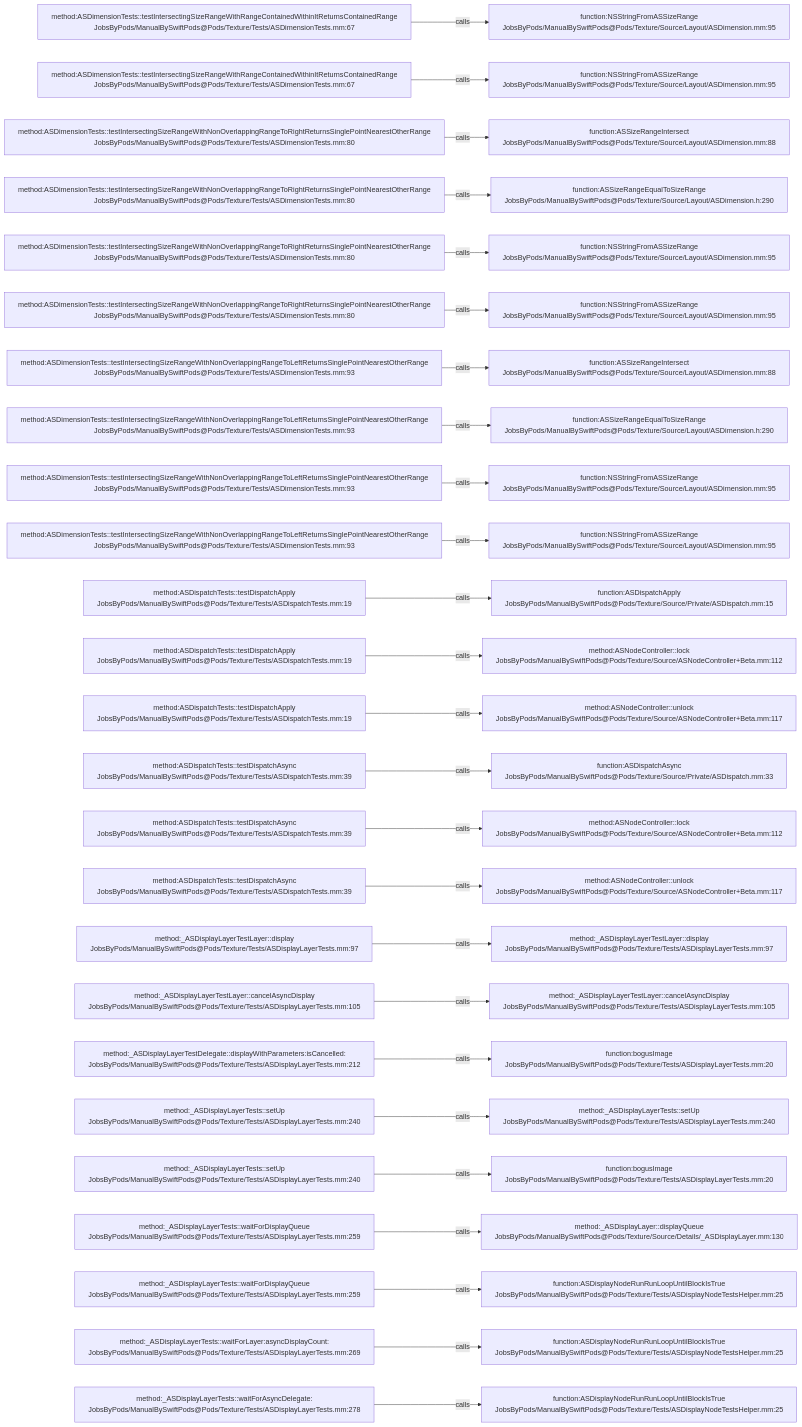
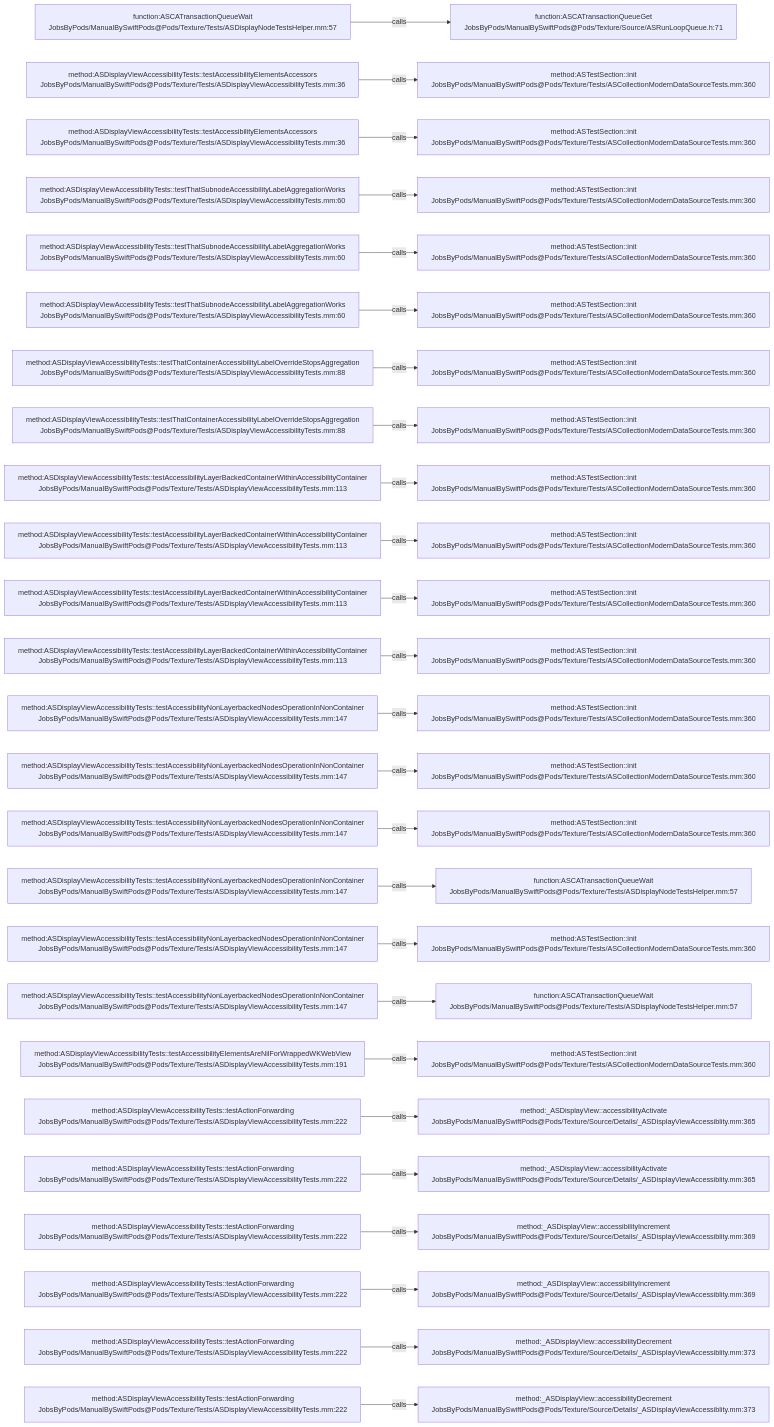
One commit to JobsKits/JobsSwiftBaseConfigDemo changed the diagram in .codegraph/codegraph.md/graphs/calls-198.md. Above: the diagram before and after it, drawn with Mermaid. The commit also changed 832 other files, not shown here.

````diff
--- a/.codegraph/codegraph.md/graphs/calls-198.md
+++ b/.codegraph/codegraph.md/graphs/calls-198.md
@@ -13,78 +13,78 @@
 ```mermaid
 flowchart LR
-  S1["method:ASDimensionTests::testIntersectingSizeRangeWithRangeContainedWithinItReturnsContainedRange<br/>JobsByPods/ManualBySwiftPods@Pods/Texture/Tests/ASDimensionTests.mm:67"]
-  T1["function:NSStringFromASSizeRange<br/>JobsByPods/ManualBySwiftPods@Pods/Texture/Source/Layout/ASDimension.mm:95"]
+  S1["function:ASCATransactionQueueWait<br/>JobsByPods/ManualBySwiftPods@Pods/Texture/Tests/ASDisplayNodeTestsHelper.mm:57"]
+  T1["function:ASCATransactionQueueGet<br/>JobsByPods/ManualBySwiftPods@Pods/Texture/Source/ASRunLoopQueue.h:71"]
   S1 -->|calls| T1
-  S2["method:ASDimensionTests::testIntersectingSizeRangeWithRangeContainedWithinItReturnsContainedRange<br/>JobsByPods/ManualBySwiftPods@Pods/Texture/Tests/ASDimensionTests.mm:67"]
-  T2["function:NSStringFromASSizeRange<br/>JobsByPods/ManualBySwiftPods@Pods/Texture/Source/Layout/ASDimension.mm:95"]
+  S2["method:ASDisplayViewAccessibilityTests::testAccessibilityElementsAccessors<br/>JobsByPods/ManualBySwiftPods@Pods/Texture/Tests/ASDisplayViewAccessibilityTests.mm:36"]
+  T2["method:ASTestSection::init<br/>JobsByPods/ManualBySwiftPods@Pods/Texture/Tests/ASCollectionModernDataSourceTests.mm:360"]
   S2 -->|calls| T2
-  S3["method:ASDimensionTests::testIntersectingSizeRangeWithNonOverlappingRangeToRightReturnsSinglePointNearestOtherRange<br/>JobsByPods/ManualBySwiftPods@Pods/Texture/Tests/ASDimensionTests.mm:80"]
-  T3["function:ASSizeRangeIntersect<br/>JobsByPods/ManualBySwiftPods@Pods/Texture/Source/Layout/ASDimension.mm:88"]
+  S3["method:ASDisplayViewAccessibilityTests::testAccessibilityElementsAccessors<br/>JobsByPods/ManualBySwiftPods@Pods/Texture/Tests/ASDisplayViewAccessibilityTests.mm:36"]
+  T3["method:ASTestSection::init<br/>JobsByPods/ManualBySwiftPods@Pods/Texture/Tests/ASCollectionModernDataSourceTests.mm:360"]
   S3 -->|calls| T3
-  S4["method:ASDimensionTests::testIntersectingSizeRangeWithNonOverlappingRangeToRightReturnsSinglePointNearestOtherRange<br/>JobsByPods/ManualBySwiftPods@Pods/Texture/Tests/ASDimensionTests.mm:80"]
-  T4["function:ASSizeRangeEqualToSizeRange<br/>JobsByPods/ManualBySwiftPods@Pods/Texture/Source/Layout/ASDimension.h:290"]
+  S4["method:ASDisplayViewAccessibilityTests::testThatSubnodeAccessibilityLabelAggregationWorks<br/>JobsByPods/ManualBySwiftPods@Pods/Texture/Tests/ASDisplayViewAccessibilityTests.mm:60"]
+  T4["method:ASTestSection::init<br/>JobsByPods/ManualBySwiftPods@Pods/Texture/Tests/ASCollectionModernDataSourceTests.mm:360"]
   S4 -->|calls| T4
-  S5["method:ASDimensionTests::testIntersectingSizeRangeWithNonOverlappingRangeToRightReturnsSinglePointNearestOtherRange<br/>JobsByPods/ManualBySwiftPods@Pods/Texture/Tests/ASDimensionTests.mm:80"]
-  T5["function:NSStringFromASSizeRange<br/>JobsByPods/ManualBySwiftPods@Pods/Texture/Source/Layout/ASDimension.mm:95"]
+  S5["method:ASDisplayViewAccessibilityTests::testThatSubnodeAccessibilityLabelAggregationWorks<br/>JobsByPods/ManualBySwiftPods@Pods/Texture/Tests/ASDisplayViewAccessibilityTests.mm:60"]
+  T5["method:ASTestSection::init<br/>JobsByPods/ManualBySwiftPods@Pods/Texture/Tests/ASCollectionModernDataSourceTests.mm:360"]
   S5 -->|calls| T5
-  S6["method:ASDimensionTests::testIntersectingSizeRangeWithNonOverlappingRangeToRightReturnsSinglePointNearestOtherRange<br/>JobsByPods/ManualBySwiftPods@Pods/Texture/Tests/ASDimensionTests.mm:80"]
-  T6["function:NSStringFromASSizeRange<br/>JobsByPods/ManualBySwiftPods@Pods/Texture/Source/Layout/ASDimension.mm:95"]
+  S6["method:ASDisplayViewAccessibilityTests::testThatSubnodeAccessibilityLabelAggregationWorks<br/>JobsByPods/ManualBySwiftPods@Pods/Texture/Tests/ASDisplayViewAccessibilityTests.mm:60"]
+  T6["method:ASTestSection::init<br/>JobsByPods/ManualBySwiftPods@Pods/Texture/Tests/ASCollectionModernDataSourceTests.mm:360"]
   S6 -->|calls| T6
-  S7["method:ASDimensionTests::testIntersectingSizeRangeWithNonOverlappingRangeToLeftReturnsSinglePointNearestOtherRange<br/>JobsByPods/ManualBySwiftPods@Pods/Texture/Tests/ASDimensionTests.mm:93"]
-  T7["function:ASSizeRangeIntersect<br/>JobsByPods/ManualBySwiftPods@Pods/Texture/Source/Layout/ASDimension.mm:88"]
+  S7["method:ASDisplayViewAccessibilityTests::testThatContainerAccessibilityLabelOverrideStopsAggregation<br/>JobsByPods/ManualBySwiftPods@Pods/Texture/Tests/ASDisplayViewAccessibilityTests.mm:88"]
+  T7["method:ASTestSection::init<br/>JobsByPods/ManualBySwiftPods@Pods/Texture/Tests/ASCollectionModernDataSourceTests.mm:360"]
   S7 -->|calls| T7
-  S8["method:ASDimensionTests::testIntersectingSizeRangeWithNonOverlappingRangeToLeftReturnsSinglePointNearestOtherRange<br/>JobsByPods/ManualBySwiftPods@Pods/Texture/Tests/ASDimensionTests.mm:93"]
-  T8["function:ASSizeRangeEqualToSizeRange<br/>JobsByPods/ManualBySwiftPods@Pods/Texture/Source/Layout/ASDimension.h:290"]
+  S8["method:ASDisplayViewAccessibilityTests::testThatContainerAccessibilityLabelOverrideStopsAggregation<br/>JobsByPods/ManualBySwiftPods@Pods/Texture/Tests/ASDisplayViewAccessibilityTests.mm:88"]
+  T8["method:ASTestSection::init<br/>JobsByPods/ManualBySwiftPods@Pods/Texture/Tests/ASCollectionModernDataSourceTests.mm:360"]
   S8 -->|calls| T8
-  S9["method:ASDimensionTests::testIntersectingSizeRangeWithNonOverlappingRangeToLeftReturnsSinglePointNearestOtherRange<br/>JobsByPods/ManualBySwiftPods@Pods/Texture/Tests/ASDimensionTests.mm:93"]
-  T9["function:NSStringFromASSizeRange<br/>JobsByPods/ManualBySwiftPods@Pods/Texture/Source/Layout/ASDimension.mm:95"]
+  S9["method:ASDisplayViewAccessibilityTests::testAccessibilityLayerBackedContainerWithinAccessibilityContainer<br/>JobsByPods/ManualBySwiftPods@Pods/Texture/Tests/ASDisplayViewAccessibilityTests.mm:113"]
+  T9["method:ASTestSection::init<br/>JobsByPods/ManualBySwiftPods@Pods/Texture/Tests/ASCollectionModernDataSourceTests.mm:360"]
   S9 -->|calls| T9
-  S10["method:ASDimensionTests::testIntersectingSizeRangeWithNonOverlappingRangeToLeftReturnsSinglePointNearestOtherRange<br/>JobsByPods/ManualBySwiftPods@Pods/Texture/Tests/ASDimensionTests.mm:93"]
-  T10["function:NSStringFromASSizeRange<br/>JobsByPods/ManualBySwiftPods@Pods/Texture/Source/Layout/ASDimension.mm:95"]
+  S10["method:ASDisplayViewAccessibilityTests::testAccessibilityLayerBackedContainerWithinAccessibilityContainer<br/>JobsByPods/ManualBySwiftPods@Pods/Texture/Tests/ASDisplayViewAccessibilityTests.mm:113"]
+  T10["method:ASTestSection::init<br/>JobsByPods/ManualBySwiftPods@Pods/Texture/Tests/ASCollectionModernDataSourceTests.mm:360"]
   S10 -->|calls| T10
-  S11["method:ASDispatchTests::testDispatchApply<br/>JobsByPods/ManualBySwiftPods@Pods/Texture/Tests/ASDispatchTests.mm:19"]
-  T11["function:ASDispatchApply<br/>JobsByPods/ManualBySwiftPods@Pods/Texture/Source/Private/ASDispatch.mm:15"]
+  S11["method:ASDisplayViewAccessibilityTests::testAccessibilityLayerBackedContainerWithinAccessibilityContainer<br/>JobsByPods/ManualBySwiftPods@Pods/Texture/Tests/ASDisplayViewAccessibilityTests.mm:113"]
+  T11["method:ASTestSection::init<br/>JobsByPods/ManualBySwiftPods@Pods/Texture/Tests/ASCollectionModernDataSourceTests.mm:360"]
   S11 -->|calls| T11
-  S12["method:ASDispatchTests::testDispatchApply<br/>JobsByPods/ManualBySwiftPods@Pods/Texture/Tests/ASDispatchTests.mm:19"]
-  T12["method:ASNodeController::lock<br/>JobsByPods/ManualBySwiftPods@Pods/Texture/Source/ASNodeController+Beta.mm:112"]
+  S12["method:ASDisplayViewAccessibilityTests::testAccessibilityLayerBackedContainerWithinAccessibilityContainer<br/>JobsByPods/ManualBySwiftPods@Pods/Texture/Tests/ASDisplayViewAccessibilityTests.mm:113"]
+  T12["method:ASTestSection::init<br/>JobsByPods/ManualBySwiftPods@Pods/Texture/Tests/ASCollectionModernDataSourceTests.mm:360"]
   S12 -->|calls| T12
-  S13["method:ASDispatchTests::testDispatchApply<br/>JobsByPods/ManualBySwiftPods@Pods/Texture/Tests/ASDispatchTests.mm:19"]
-  T13["method:ASNodeController::unlock<br/>JobsByPods/ManualBySwiftPods@Pods/Texture/Source/ASNodeController+Beta.mm:117"]
+  S13["method:ASDisplayViewAccessibilityTests::testAccessibilityNonLayerbackedNodesOperationInNonContainer<br/>JobsByPods/ManualBySwiftPods@Pods/Texture/Tests/ASDisplayViewAccessibilityTests.mm:147"]
+  T13["method:ASTestSection::init<br/>JobsByPods/ManualBySwiftPods@Pods/Texture/Tests/ASCollectionModernDataSourceTests.mm:360"]
   S13 -->|calls| T13
-  S14["method:ASDispatchTests::testDispatchAsync<br/>JobsByPods/ManualBySwiftPods@Pods/Texture/Tests/ASDispatchTests.mm:39"]
-  T14["function:ASDispatchAsync<br/>JobsByPods/ManualBySwiftPods@Pods/Texture/Source/Private/ASDispatch.mm:33"]
+  S14["method:ASDisplayViewAccessibilityTests::testAccessibilityNonLayerbackedNodesOperationInNonContainer<br/>JobsByPods/ManualBySwiftPods@Pods/Texture/Tests/ASDisplayViewAccessibilityTests.mm:147"]
+  T14["method:ASTestSection::init<br/>JobsByPods/ManualBySwiftPods@Pods/Texture/Tests/ASCollectionModernDataSourceTests.mm:360"]
   S14 -->|calls| T14
-  S15["method:ASDispatchTests::testDispatchAsync<br/>JobsByPods/ManualBySwiftPods@Pods/Texture/Tests/ASDispatchTests.mm:39"]
-  T15["method:ASNodeController::lock<br/>JobsByPods/ManualBySwiftPods@Pods/Texture/Source/ASNodeController+Beta.mm:112"]
+  S15["method:ASDisplayViewAccessibilityTests::testAccessibilityNonLayerbackedNodesOperationInNonContainer<br/>JobsByPods/ManualBySwiftPods@Pods/Texture/Tests/ASDisplayViewAccessibilityTests.mm:147"]
+  T15["method:ASTestSection::init<br/>JobsByPods/ManualBySwiftPods@Pods/Texture/Tests/ASCollectionModernDataSourceTests.mm:360"]
   S15 -->|calls| T15
-  S16["method:ASDispatchTests::testDispatchAsync<br/>JobsByPods/ManualBySwiftPods@Pods/Texture/Tests/ASDispatchTests.mm:39"]
-  T16["method:ASNodeController::unlock<br/>JobsByPods/ManualBySwiftPods@Pods/Texture/Source/ASNodeController+Beta.mm:117"]
+  S16["method:ASDisplayViewAccessibilityTests::testAccessibilityNonLayerbackedNodesOperationInNonContainer<br/>JobsByPods/ManualBySwiftPods@Pods/Texture/Tests/ASDisplayViewAccessibilityTests.mm:147"]
+  T16["function:ASCATransactionQueueWait<br/>JobsByPods/ManualBySwiftPods@Pods/Texture/Tests/ASDisplayNodeTestsHelper.mm:57"]
   S16 -->|calls| T16
-  S17["method:_ASDisplayLayerTestLayer::display<br/>JobsByPods/ManualBySwiftPods@Pods/Texture/Tests/ASDisplayLayerTests.mm:97"]
-  T17["method:_ASDisplayLayerTestLayer::display<br/>JobsByPods/ManualBySwiftPods@Pods/Texture/Tests/ASDisplayLayerTests.mm:97"]
+  S17["method:ASDisplayViewAccessibilityTests::testAccessibilityNonLayerbackedNodesOperationInNonContainer<br/>JobsByPods/ManualBySwiftPods@Pods/Texture/Tests/ASDisplayViewAccessibilityTests.mm:147"]
+  T17["method:ASTestSection::init<br/>JobsByPods/ManualBySwiftPods@Pods/Texture/Tests/ASCollectionModernDataSourceTests.mm:360"]
   S17 -->|calls| T17
-  S18["method:_ASDisplayLayerTestLayer::cancelAsyncDisplay<br/>JobsByPods/ManualBySwiftPods@Pods/Texture/Tests/ASDisplayLayerTests.mm:105"]
-  T18["method:_ASDisplayLayerTestLayer::cancelAsyncDisplay<br/>JobsByPods/ManualBySwiftPods@Pods/Texture/Tests/ASDisplayLayerTests.mm:105"]
+  S18["method:ASDisplayViewAccessibilityTests::testAccessibilityNonLayerbackedNodesOperationInNonContainer<br/>JobsByPods/ManualBySwiftPods@Pods/Texture/Tests/ASDisplayViewAccessibilityTests.mm:147"]
+  T18["function:ASCATransactionQueueWait<br/>JobsByPods/ManualBySwiftPods@Pods/Texture/Tests/ASDisplayNodeTestsHelper.mm:57"]
   S18 -->|calls| T18
-  S19["method:_ASDisplayLayerTestDelegate::displayWithParameters:isCancelled:<br/>JobsByPods/ManualBySwiftPods@Pods/Texture/Tests/ASDisplayLayerTests.mm:212"]
-  T19["function:bogusImage<br/>JobsByPods/ManualBySwiftPods@Pods/Texture/Tests/ASDisplayLayerTests.mm:20"]
+  S19["method:ASDisplayViewAccessibilityTests::testAccessibilityElementsAreNilForWrappedWKWebView<br/>JobsByPods/ManualBySwiftPods@Pods/Texture/Tests/ASDisplayViewAccessibilityTests.mm:191"]
+  T19["method:ASTestSection::init<br/>JobsByPods/ManualBySwiftPods@Pods/Texture/Tests/ASCollectionModernDataSourceTests.mm:360"]
   S19 -->|calls| T19
-  S20["method:_ASDisplayLayerTests::setUp<br/>JobsByPods/ManualBySwiftPods@Pods/Texture/Tests/ASDisplayLayerTests.mm:240"]
-  T20["method:_ASDisplayLayerTests::setUp<br/>JobsByPods/ManualBySwiftPods@Pods/Texture/Tests/ASDisplayLayerTests.mm:240"]
+  S20["method:ASDisplayViewAccessibilityTests::testActionForwarding<br/>JobsByPods/ManualBySwiftPods@Pods/Texture/Tests/ASDisplayViewAccessibilityTests.mm:222"]
+  T20["method:_ASDisplayView::accessibilityActivate<br/>JobsByPods/ManualBySwiftPods@Pods/Texture/Source/Details/_ASDisplayViewAccessiblity.mm:365"]
   S20 -->|calls| T20
-  S21["method:_ASDisplayLayerTests::setUp<br/>JobsByPods/ManualBySwiftPods@Pods/Texture/Tests/ASDisplayLayerTests.mm:240"]
-  T21["function:bogusImage<br/>JobsByPods/ManualBySwiftPods@Pods/Texture/Tests/ASDisplayLayerTests.mm:20"]
+  S21["method:ASDisplayViewAccessibilityTests::testActionForwarding<br/>JobsByPods/ManualBySwiftPods@Pods/Texture/Tests/ASDisplayViewAccessibilityTests.mm:222"]
+  T21["method:_ASDisplayView::accessibilityActivate<br/>JobsByPods/ManualBySwiftPods@Pods/Texture/Source/Details/_ASDisplayViewAccessiblity.mm:365"]
   S21 -->|calls| T21
-  S22["method:_ASDisplayLayerTests::waitForDisplayQueue<br/>JobsByPods/ManualBySwiftPods@Pods/Texture/Tests/ASDisplayLayerTests.mm:259"]
-  T22["method:_ASDisplayLayer::displayQueue<br/>JobsByPods/ManualBySwiftPods@Pods/Texture/Source/Details/_ASDisplayLayer.mm:130"]
+  S22["method:ASDisplayViewAccessibilityTests::testActionForwarding<br/>JobsByPods/ManualBySwiftPods@Pods/Texture/Tests/ASDisplayViewAccessibilityTests.mm:222"]
+  T22["method:_ASDisplayView::accessibilityIncrement<br/>JobsByPods/ManualBySwiftPods@Pods/Texture/Source/Details/_ASDisplayViewAccessiblity.mm:369"]
   S22 -->|calls| T22
-  S23["method:_ASDisplayLayerTests::waitForDisplayQueue<br/>JobsByPods/ManualBySwiftPods@Pods/Texture/Tests/ASDisplayLayerTests.mm:259"]
-  T23["function:ASDisplayNodeRunRunLoopUntilBlockIsTrue<br/>JobsByPods/ManualBySwiftPods@Pods/Texture/Tests/ASDisplayNodeTestsHelper.mm:25"]
+  S23["method:ASDisplayViewAccessibilityTests::testActionForwarding<br/>JobsByPods/ManualBySwiftPods@Pods/Texture/Tests/ASDisplayViewAccessibilityTests.mm:222"]
+  T23["method:_ASDisplayView::accessibilityIncrement<br/>JobsByPods/ManualBySwiftPods@Pods/Texture/Source/Details/_ASDisplayViewAccessiblity.mm:369"]
   S23 -->|calls| T23
-  S24["method:_ASDisplayLayerTests::waitForLayer:asyncDisplayCount:<br/>JobsByPods/ManualBySwiftPods@Pods/Texture/Tests/ASDisplayLayerTests.mm:269"]
-  T24["function:ASDisplayNodeRunRunLoopUntilBlockIsTrue<br/>JobsByPods/ManualBySwiftPods@Pods/Texture/Tests/ASDisplayNodeTestsHelper.mm:25"]
+  S24["method:ASDisplayViewAccessibilityTests::testActionForwarding<br/>JobsByPods/ManualBySwiftPods@Pods/Texture/Tests/ASDisplayViewAccessibilityTests.mm:222"]
+  T24["method:_ASDisplayView::accessibilityDecrement<br/>JobsByPods/ManualBySwiftPods@Pods/Texture/Source/Details/_ASDisplayViewAccessiblity.mm:373"]
   S24 -->|calls| T24
-  S25["method:_ASDisplayLayerTests::waitForAsyncDelegate:<br/>JobsByPods/ManualBySwiftPods@Pods/Texture/Tests/ASDisplayLayerTests.mm:278"]
-  T25["function:ASDisplayNodeRunRunLoopUntilBlockIsTrue<br/>JobsByPods/ManualBySwiftPods@Pods/Texture/Tests/ASDisplayNodeTestsHelper.mm:25"]
+  S25["method:ASDisplayViewAccessibilityTests::testActionForwarding<br/>JobsByPods/ManualBySwiftPods@Pods/Texture/Tests/ASDisplayViewAccessibilityTests.mm:222"]
+  T25["method:_ASDisplayView::accessibilityDecrement<br/>JobsByPods/ManualBySwiftPods@Pods/Texture/Source/Details/_ASDisplayViewAccessiblity.mm:373"]
   S25 -->|calls| T25
 ```
````
